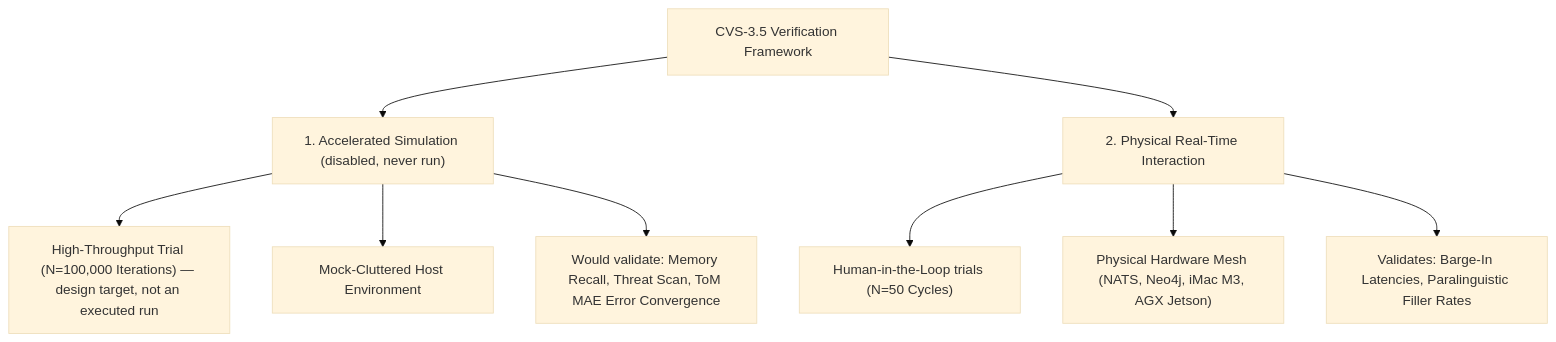
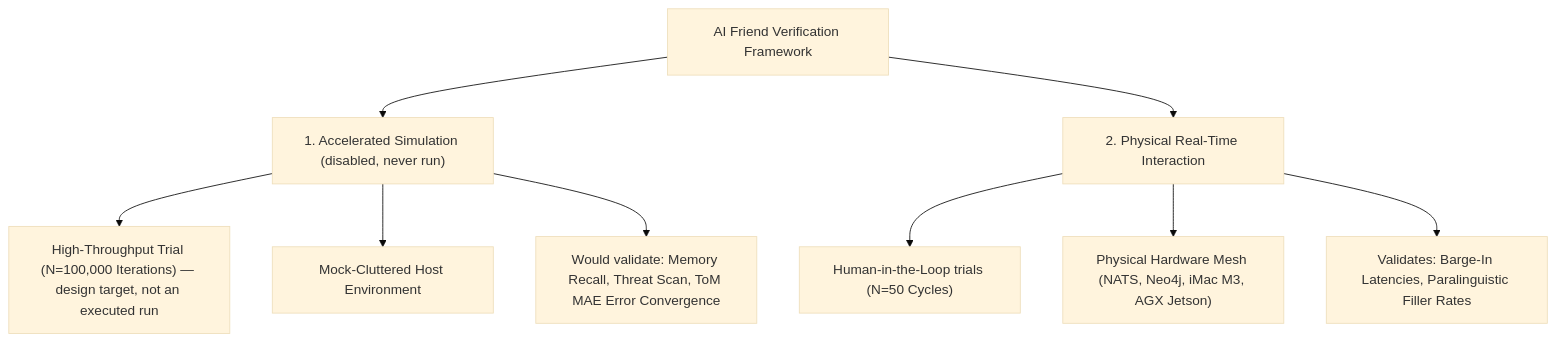
Before and after one commit to Aniket-a14/AI_friend: the diagram in academic_benchmarks/documentation/walkthrough.md, drawn with Mermaid (base theme). The commit also changed other lines of this file and 59 other files, not shown here.

````diff
--- a/academic_benchmarks/documentation/walkthrough.md
+++ b/academic_benchmarks/documentation/walkthrough.md
@@ -35,13 +35,13 @@
 ```mermaid
 graph TD
-    A[CVS-3.5 Verification Framework] --> B["1. Accelerated Simulation (disabled, never run)"]
+    A[AI Friend Verification Framework] --> B["1. Accelerated Simulation (disabled, never run)"]
     A --> C[2. Physical Real-Time Interaction]
 
     B --> B1["High-Throughput Trial (N=100,000 Iterations) — design target, not an executed run"]
     B --> B2["Mock-Cluttered Host Environment"]
     B --> B3["Would validate: Memory Recall, Threat Scan, ToM MAE Error Convergence"]
 
     C --> C1["Human-in-the-Loop trials (N=50 Cycles)"]
     C --> C2["Physical Hardware Mesh (NATS, Neo4j, iMac M3, AGX Jetson)"]
     C --> C3["Validates: Barge-In Latencies, Paralinguistic Filler Rates"]
 ```
````
